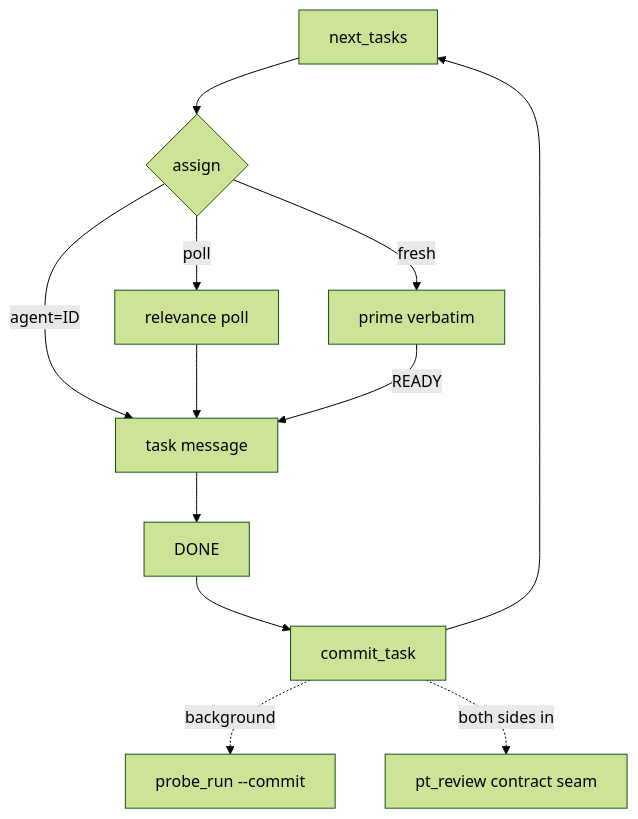
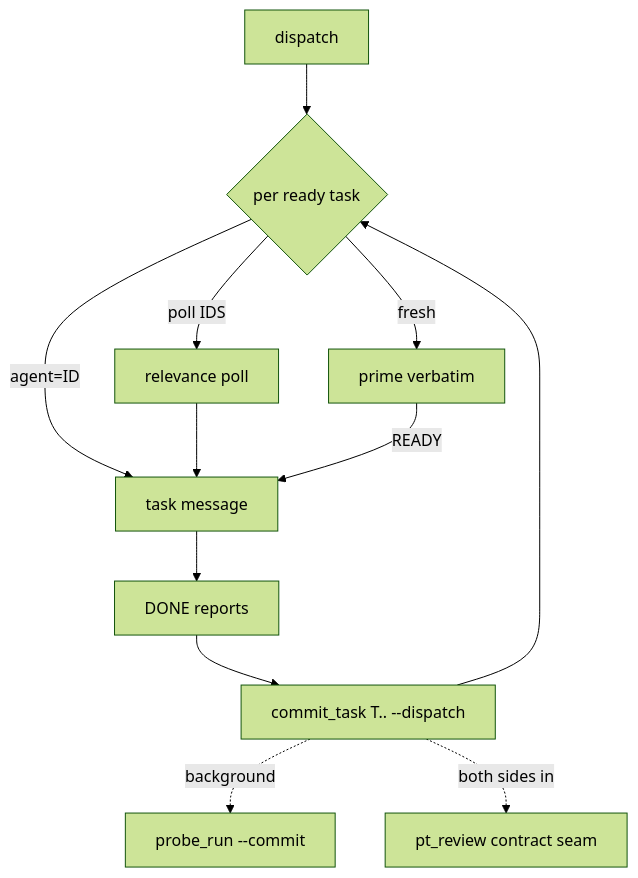
Before and after one commit to devcomfort/superlite: the third of 5 diagrams in skills/subagent-driven-development/SKILL.md, drawn with Mermaid (forest theme). The commit also changed other lines of this file and 10 other files, not shown here.

Commit message:
Cut coordinator spawns: sl interpreter cache, in-process taskgraph and incidents, dispatch, multi-task commit_task

````diff
--- a/skills/subagent-driven-development/SKILL.md
+++ b/skills/subagent-driven-development/SKILL.md
@@ -46,10 +46,10 @@
 ```mermaid
 flowchart TB
-  N[next_tasks] --> A{assign}
+  N[dispatch] --> A{per ready task}
   A -- agent=ID --> M[task message]
-  A -- poll --> Q[relevance poll] --> M
+  A -- poll IDS --> Q[relevance poll] --> M
   A -- fresh --> P[prime verbatim] -- READY --> M
-  M --> D[DONE] --> C[commit_task] --> N
+  M --> D[DONE reports] --> C[commit_task T.. --dispatch] --> A
   C -. background .-> PR[probe_run --commit]
   C -. both sides in .-> SM[pt_review contract seam]
 ```
````
